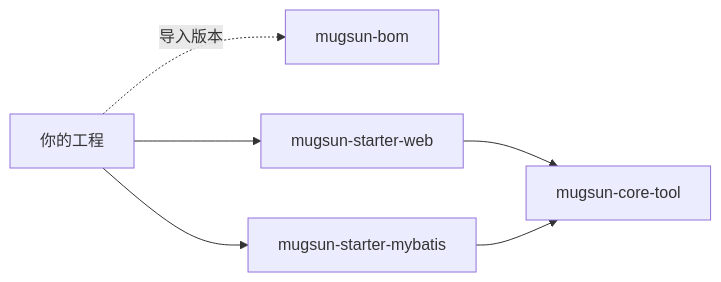
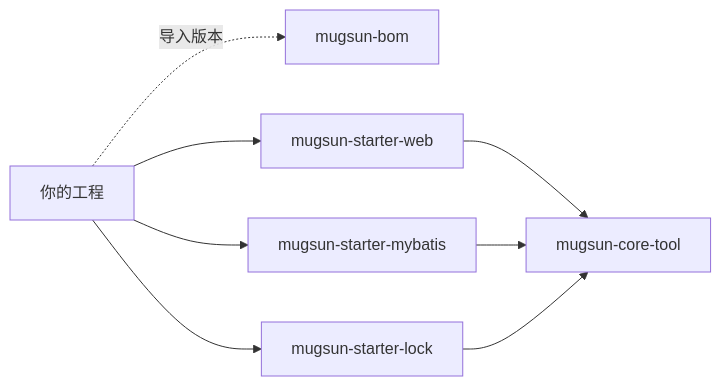
One commit to mugsun/mugsun-core changed the diagram in README.md. Above: the diagram before and after it, drawn with Mermaid. The commit also changed other lines of this file and 25 other files, not shown here.

First line of the commit message:
feat(lock): 新增分布式锁组件 mugsun-starter-lock

````diff
--- a/README.md
+++ b/README.md
@@ -111,14 +111,17 @@
 ```mermaid
 flowchart LR
     APP["你的工程"]
     BOM["mugsun-bom"]
     WEB["mugsun-starter-web"]
     MB["mugsun-starter-mybatis"]
+    LOCK["mugsun-starter-lock"]
     TOOL["mugsun-core-tool"]
 
     APP -.->|"导入版本"| BOM
     APP --> WEB
     APP --> MB
+    APP --> LOCK
     WEB --> TOOL
     MB --> TOOL
+    LOCK --> TOOL
 ```
````
